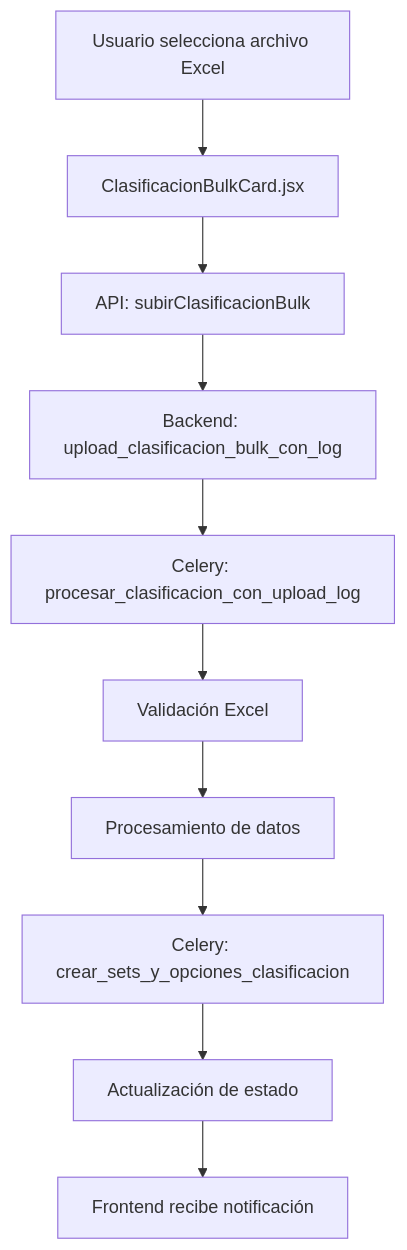
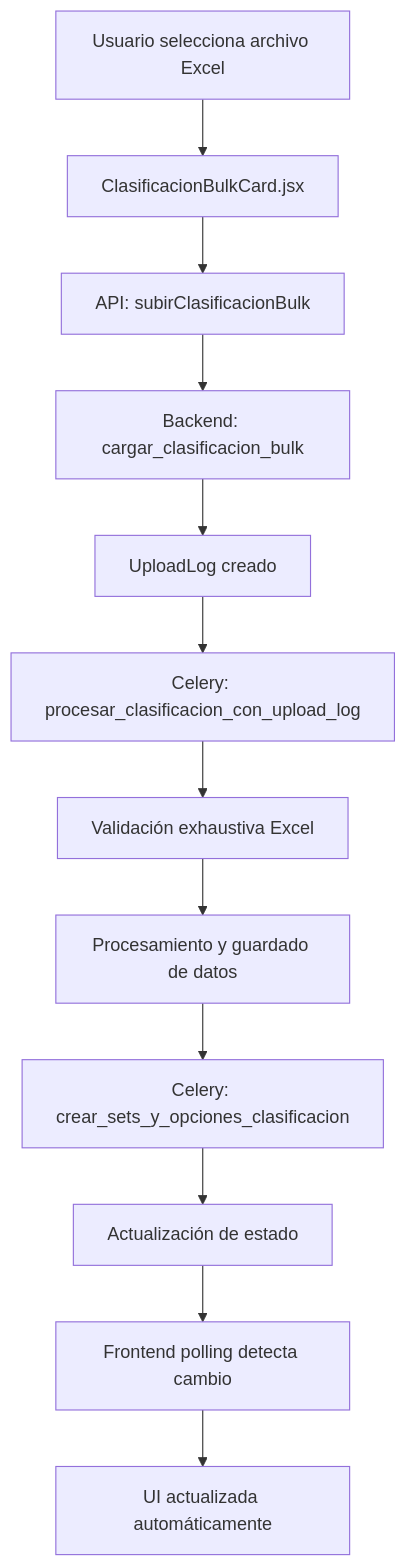
The first of 2 diagrams in DOCUMENTACION_CLASIFICACION_BULK_CARD.md (castrometro/SGM), drawn with Mermaid before and after one commit. The commit also changed other lines of this file and 1 other file, not shown here.

````diff
--- a/DOCUMENTACION_CLASIFICACION_BULK_CARD.md
+++ b/DOCUMENTACION_CLASIFICACION_BULK_CARD.md
@@ -10,12 +12,14 @@
 ```mermaid
 graph TD
     A[Usuario selecciona archivo Excel] --> B[ClasificacionBulkCard.jsx]
     B --> C[API: subirClasificacionBulk]
-    C --> D[Backend: upload_clasificacion_bulk_con_log]
-    D --> E[Celery: procesar_clasificacion_con_upload_log]
-    E --> F[Validación Excel]
-    F --> G[Procesamiento de datos]
-    G --> H[Celery: crear_sets_y_opciones_clasificacion]
-    H --> I[Actualización de estado]
-    I --> J[Frontend recibe notificación]
+    C --> D[Backend: cargar_clasificacion_bulk]
+    D --> E[UploadLog creado]
+    E --> F[Celery: procesar_clasificacion_con_upload_log]
+    F --> G[Validación exhaustiva Excel]
+    G --> H[Procesamiento y guardado de datos]
+    H --> I[Celery: crear_sets_y_opciones_clasificacion]
+    I --> J[Actualización de estado]
+    J --> K[Frontend polling detecta cambio]
+    K --> L[UI actualizada automáticamente]
 ```
````
